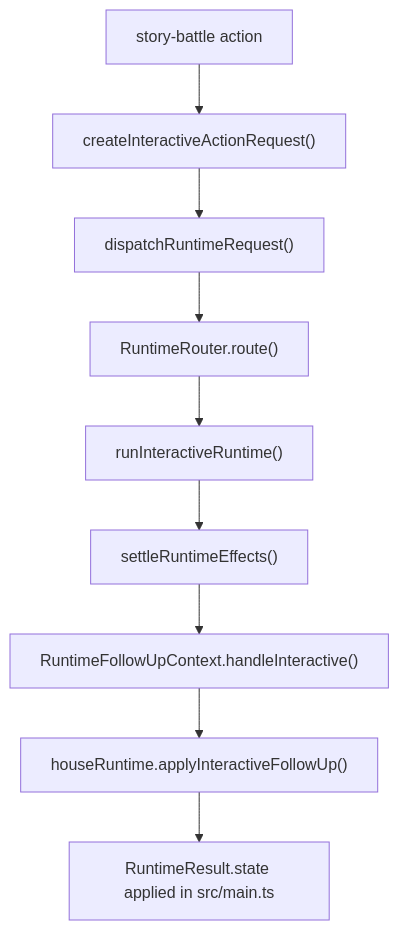
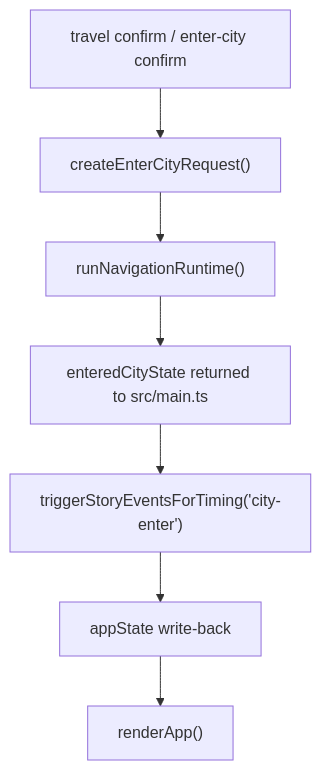
The second of 3 diagrams in docs/superpowers/weekly/2026-07-02-weekly-architecture-report.md (MA141277/RPG_TG), drawn with Mermaid before and after one commit. The commit also changed other lines of this file and 21 other files, not shown here.

````diff
--- a/docs/superpowers/weekly/2026-07-02-weekly-architecture-report.md
+++ b/docs/superpowers/weekly/2026-07-02-weekly-architecture-report.md
@@ -75,11 +77,9 @@
 ```mermaid
 flowchart TD
-    A["story-battle action"] --> B["createInteractiveActionRequest()"]
-    B --> C["dispatchRuntimeRequest()"]
-    C --> D["RuntimeRouter.route()"]
-    D --> E["runInteractiveRuntime()"]
-    E --> F["settleRuntimeEffects()"]
-    F --> G["RuntimeFollowUpContext.handleInteractive()"]
-    G --> H["houseRuntime.applyInteractiveFollowUp()"]
-    H --> I["RuntimeResult.state applied in src/main.ts"]
+    A["travel confirm / enter-city confirm"] --> B["createEnterCityRequest()"]
+    B --> C["runNavigationRuntime()"]
+    C --> D["enteredCityState returned to src/main.ts"]
+    D --> E["triggerStoryEventsForTiming('city-enter')"]
+    E --> F["appState write-back"]
+    F --> G["renderApp()"]
 ```
````
